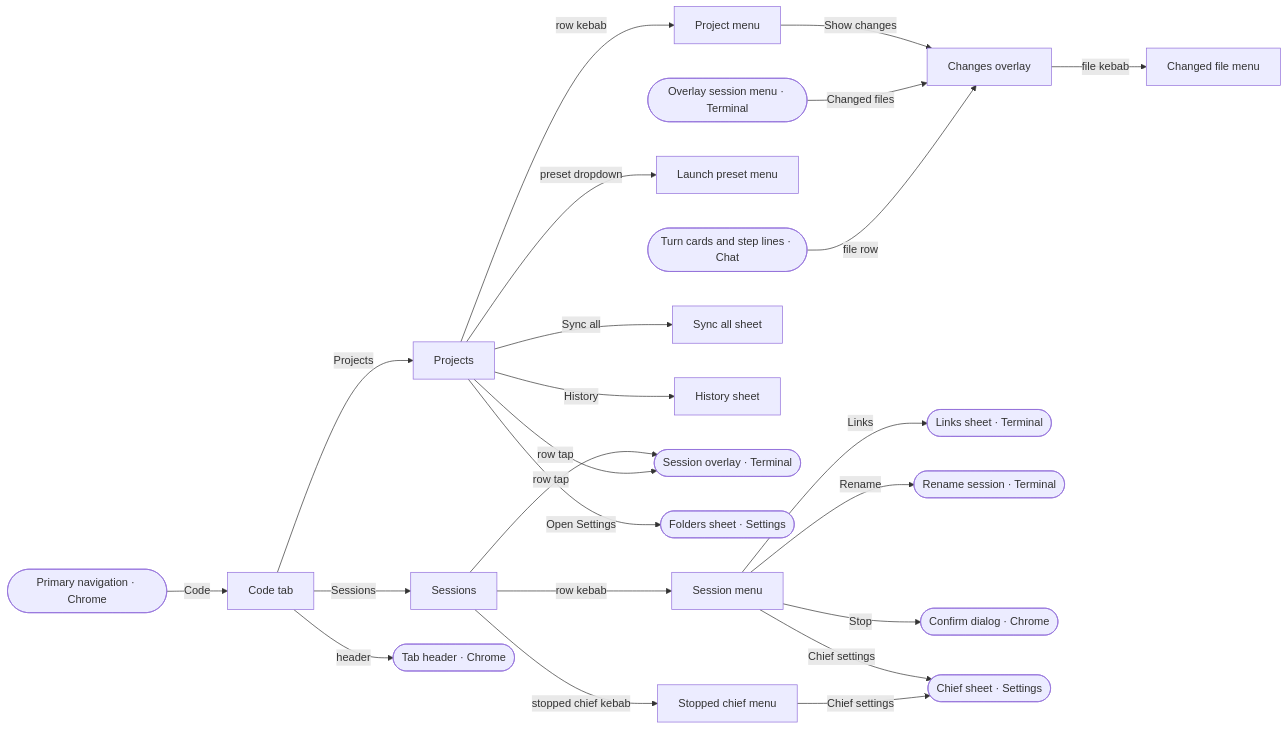
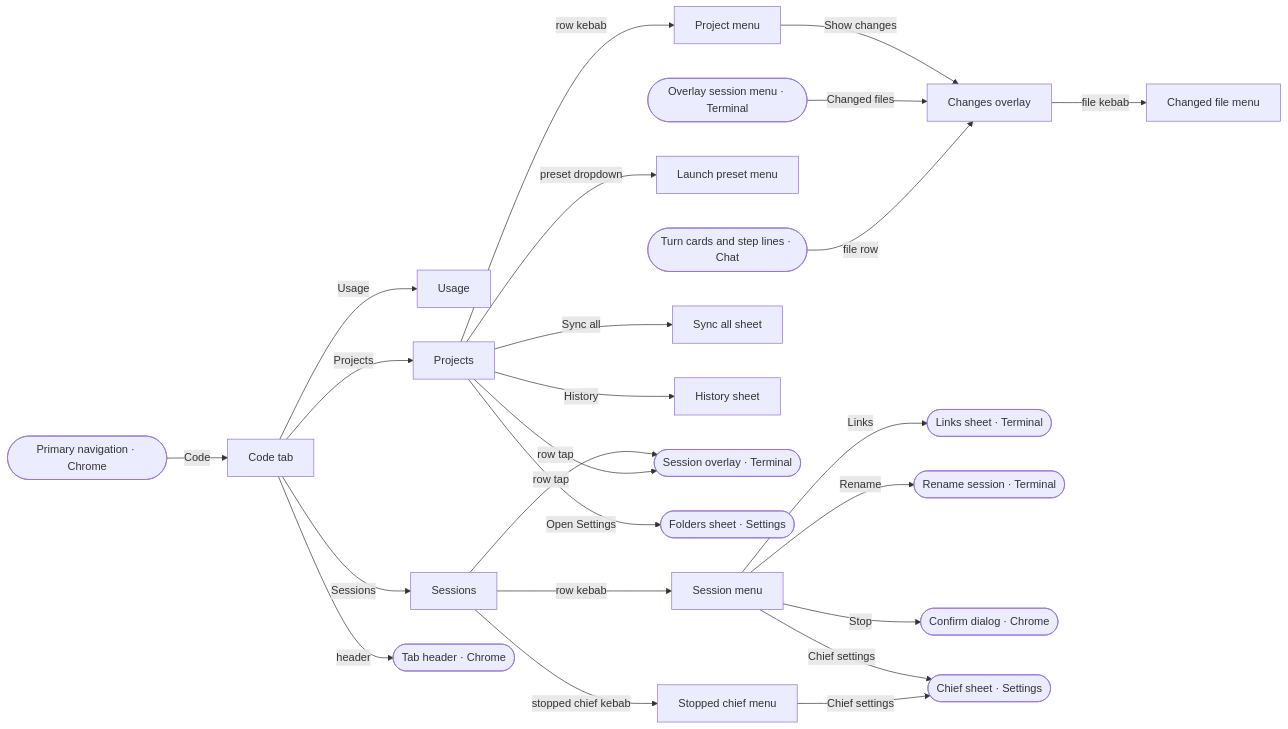
One commit to ferraroroberto/app-launcher-lite changed the second of 11 diagrams in docs/ux-surface-map.md. Above: the diagram before and after it, drawn with Mermaid. The commit also changed other lines of this file and 34 other files, not shown here.

````diff
--- a/docs/ux-surface-map.md
+++ b/docs/ux-surface-map.md
@@ -188,46 +188,48 @@
 ```mermaid
 flowchart LR
   s9["Code tab"]
-  s10["Sessions"]
-  s11["Session menu"]
-  s12["Stopped chief menu"]
-  s13["Projects"]
-  s14["Launch preset menu"]
-  s15["Project menu"]
-  s16["Sync all sheet"]
-  s17["History sheet"]
-  s18["Changes overlay"]
-  s19["Changed file menu"]
+  s10["Usage"]
+  s11["Sessions"]
+  s12["Session menu"]
+  s13["Stopped chief menu"]
+  s14["Projects"]
+  s15["Launch preset menu"]
+  s16["Project menu"]
+  s17["Sync all sheet"]
+  s18["History sheet"]
+  s19["Changes overlay"]
+  s20["Changed file menu"]
   s0(["Primary navigation · Chrome"])
   s1(["Tab header · Chrome"])
-  s20(["Session overlay · Terminal"])
-  s26(["Links sheet · Terminal"])
-  s25(["Rename session · Terminal"])
+  s21(["Session overlay · Terminal"])
+  s27(["Links sheet · Terminal"])
+  s26(["Rename session · Terminal"])
   s6(["Confirm dialog · Chrome"])
-  s87(["Chief sheet · Settings"])
-  s93(["Folders sheet · Settings"])
-  s22(["Overlay session menu · Terminal"])
-  s31(["Turn cards and step lines · Chat"])
+  s88(["Chief sheet · Settings"])
+  s94(["Folders sheet · Settings"])
+  s23(["Overlay session menu · Terminal"])
+  s32(["Turn cards and step lines · Chat"])
   s0 -->|"Code"| s9
-  s9 -->|"Sessions"| s10
-  s9 -->|"Projects"| s13
+  s9 -->|"Usage"| s10
+  s9 -->|"Sessions"| s11
+  s9 -->|"Projects"| s14
   s9 -->|"header"| s1
-  s10 -->|"row tap"| s20
-  s10 -->|"row kebab"| s11
-  s10 -->|"stopped chief kebab"| s12
-  s11 -->|"Links"| s26
-  s11 -->|"Rename"| s25
-  s11 -->|"Stop"| s6
-  s11 -->|"Chief settings"| s87
-  s12 -->|"Chief settings"| s87
-  s13 -->|"row kebab"| s15
-  s13 -->|"preset dropdown"| s14
-  s13 -->|"Sync all"| s16
-  s13 -->|"History"| s17
-  s13 -->|"Open Settings"| s93
-  s13 -->|"row tap"| s20
-  s15 -->|"Show changes"| s18
-  s18 -->|"file kebab"| s19
-  s22 -->|"Changed files"| s18
-  s31 -->|"file row"| s18
+  s11 -->|"row tap"| s21
+  s11 -->|"row kebab"| s12
+  s11 -->|"stopped chief kebab"| s13
+  s12 -->|"Links"| s27
+  s12 -->|"Rename"| s26
+  s12 -->|"Stop"| s6
+  s12 -->|"Chief settings"| s88
+  s13 -->|"Chief settings"| s88
+  s14 -->|"row kebab"| s16
+  s14 -->|"preset dropdown"| s15
+  s14 -->|"Sync all"| s17
+  s14 -->|"History"| s18
+  s14 -->|"Open Settings"| s94
+  s14 -->|"row tap"| s21
+  s16 -->|"Show changes"| s19
+  s19 -->|"file kebab"| s20
+  s23 -->|"Changed files"| s19
+  s32 -->|"file row"| s19
 ```
````
